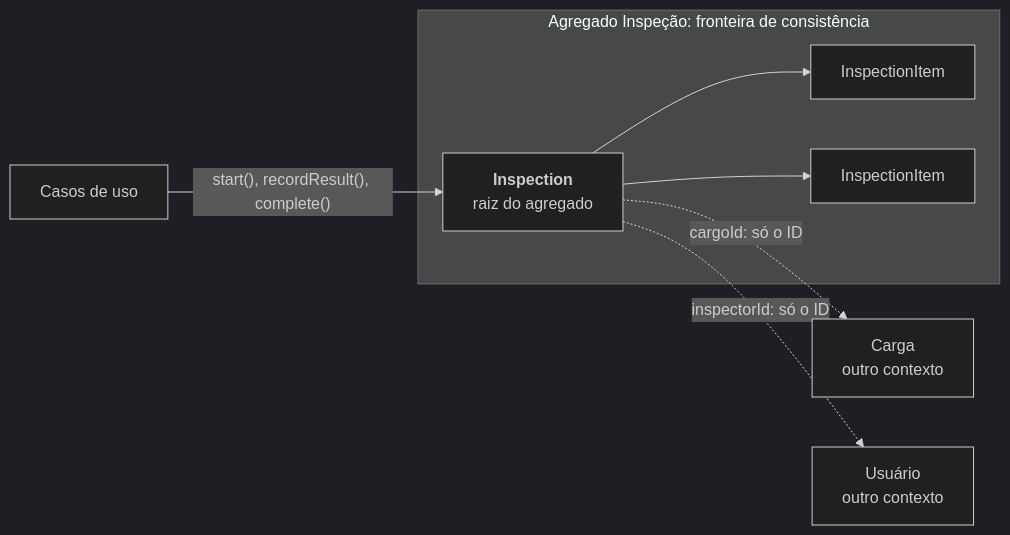
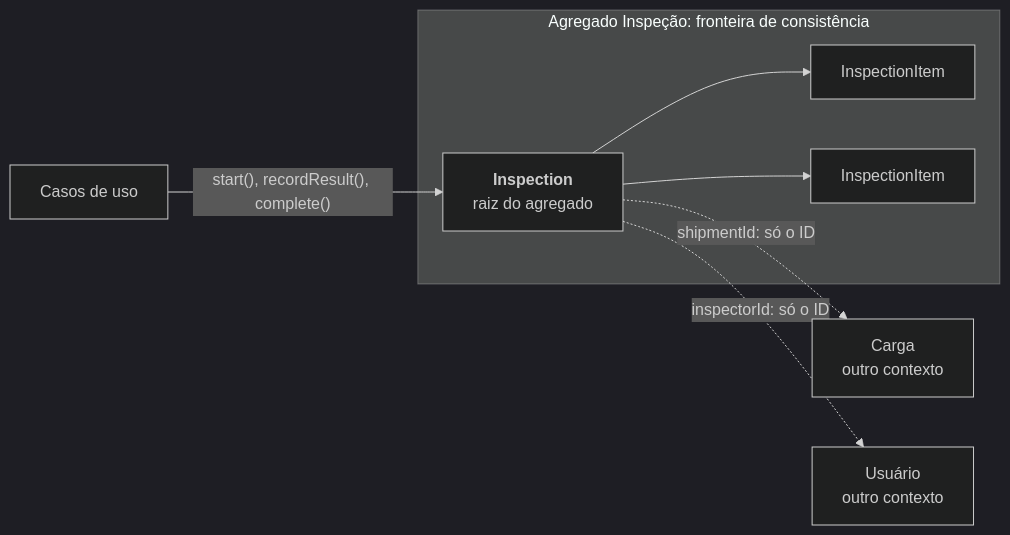
Before and after one commit to TechChallengeFiap/QuimoviaApi: the fourth of 13 diagrams in docs/arquitetura/01-fundamentos-e-decisoes.md, drawn with Mermaid (dark theme). The commit also changed 20 other files, not shown here.

First line of the commit message:
refactor(inspection): padroniza "cargo" como "shipment"

````diff
--- a/docs/arquitetura/01-fundamentos-e-decisoes.md
+++ b/docs/arquitetura/01-fundamentos-e-decisoes.md
@@ -159,10 +159,10 @@
 ```mermaid
 flowchart LR
   EXT["Casos de uso"] -->|"start(), recordResult(), complete()"| I
   subgraph AG["Agregado Inspeção: fronteira de consistência"]
     I["<b>Inspection</b><br/>raiz do agregado"] --> IT1["InspectionItem"]
     I --> IT2["InspectionItem"]
   end
-  I -.->|"cargoId: só o ID"| C["Carga<br/>outro contexto"]
+  I -.->|"shipmentId: só o ID"| C["Carga<br/>outro contexto"]
   I -.->|"inspectorId: só o ID"| U["Usuário<br/>outro contexto"]
 ```
````
